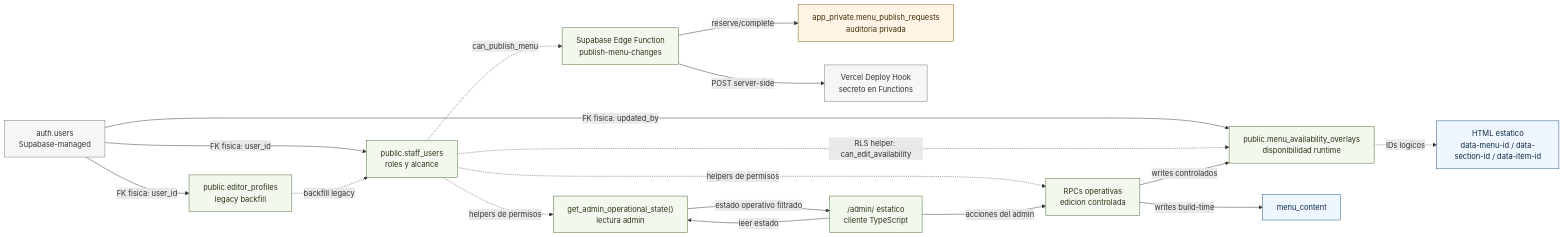
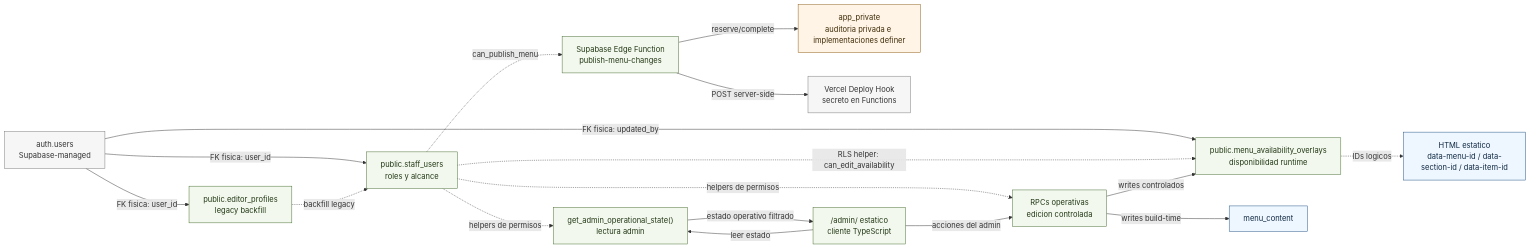
The third of 3 diagrams in docs/supabase/schema-diagram.md (materamos/ElFaraonCatering), drawn with Mermaid before and after one commit. The commit also changed other lines of this file and 5 other files, not shown here.

````diff
--- a/docs/supabase/schema-diagram.md
+++ b/docs/supabase/schema-diagram.md
@@ -199,41 +185,41 @@
 ```mermaid
 flowchart LR
   AUTH_USERS["auth.users<br/>Supabase-managed"]
   STAFF["public.staff_users<br/>roles y alcance"]
   EDITORS["public.editor_profiles<br/>legacy backfill"]
   OVERLAYS["public.menu_availability_overlays<br/>disponibilidad runtime"]
   READ_RPC["get_admin_operational_state()<br/>lectura admin"]
   WRITE_RPCS["RPCs operativas<br/>edicion controlada"]
   EDGE["Supabase Edge Function<br/>publish-menu-changes"]
-  PRIVATE["app_private.menu_publish_requests<br/>auditoria privada"]
+  PRIVATE["app_private<br/>auditoria privada e implementaciones definer"]
   VERCEL["Vercel Deploy Hook<br/>secreto en Functions"]
   ADMIN_UI["/admin/ estatico<br/>cliente TypeScript"]
   STATIC["HTML estatico<br/>data-menu-id / data-section-id / data-item-id"]
 
   AUTH_USERS -->|"FK fisica: user_id"| STAFF
   AUTH_USERS -->|"FK fisica: user_id"| EDITORS
   AUTH_USERS -->|"FK fisica: updated_by"| OVERLAYS
   EDITORS -. "backfill legacy" .-> STAFF
   STAFF -. "RLS helper: can_edit_availability" .-> OVERLAYS
   STAFF -. "helpers de permisos" .-> READ_RPC
   STAFF -. "helpers de permisos" .-> WRITE_RPCS
   STAFF -. "can_publish_menu" .-> EDGE
   ADMIN_UI -->|"leer estado"| READ_RPC
   ADMIN_UI -->|"acciones del admin"| WRITE_RPCS
   READ_RPC -->|"estado operativo filtrado"| ADMIN_UI
   WRITE_RPCS -->|"writes controlados"| OVERLAYS
   WRITE_RPCS -->|"writes build-time"| MENU_CONTENT["menu_content"]
   EDGE -->|"reserve/complete"| PRIVATE
   EDGE -->|"POST server-side"| VERCEL
   OVERLAYS -. "IDs logicos" .-> STATIC
 
   classDef runtime fill:#f3f8ee,stroke:#446b2f,color:#223815;
   classDef structural fill:#eef6ff,stroke:#1f4f82,color:#102a43;
   classDef private fill:#fff4e5,stroke:#8a5a13,color:#3f2c09;
   classDef platform fill:#f6f6f6,stroke:#777,color:#333;
 
   class STAFF,EDITORS,OVERLAYS,READ_RPC,WRITE_RPCS,EDGE,ADMIN_UI runtime;
   class STATIC,MENU_CONTENT structural;
   class PRIVATE private;
   class AUTH_USERS,VERCEL platform;
 ```
````
